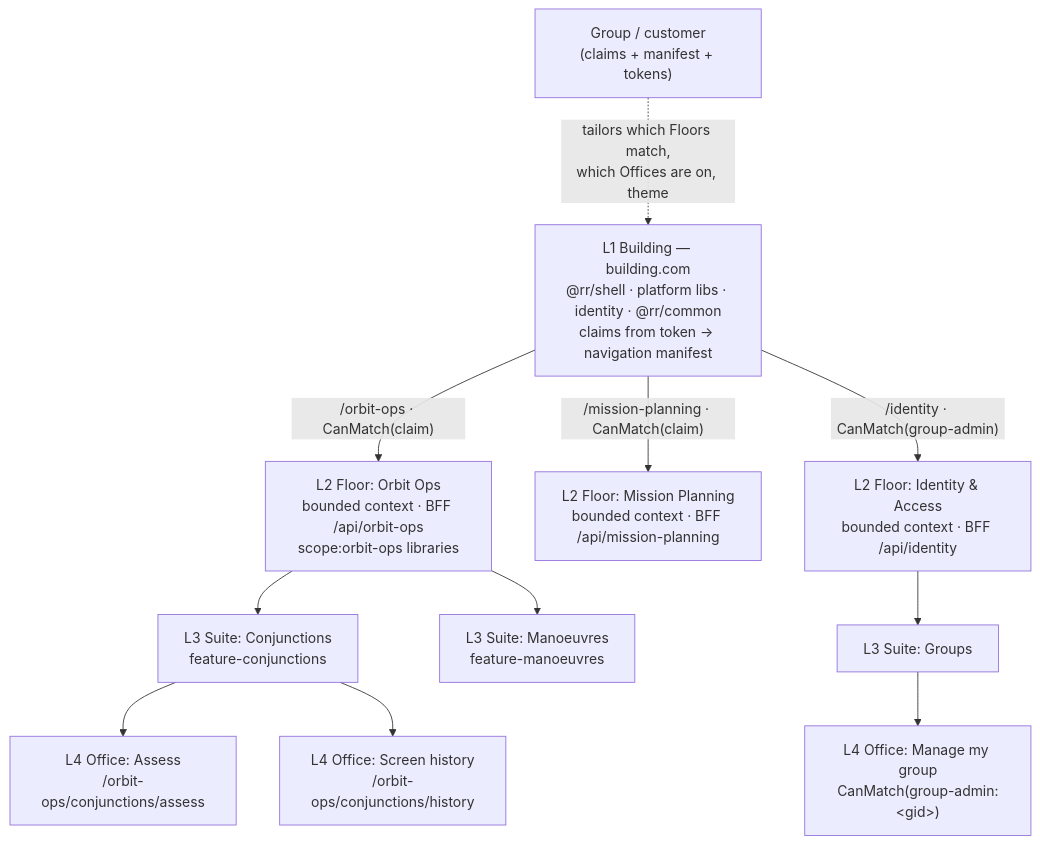
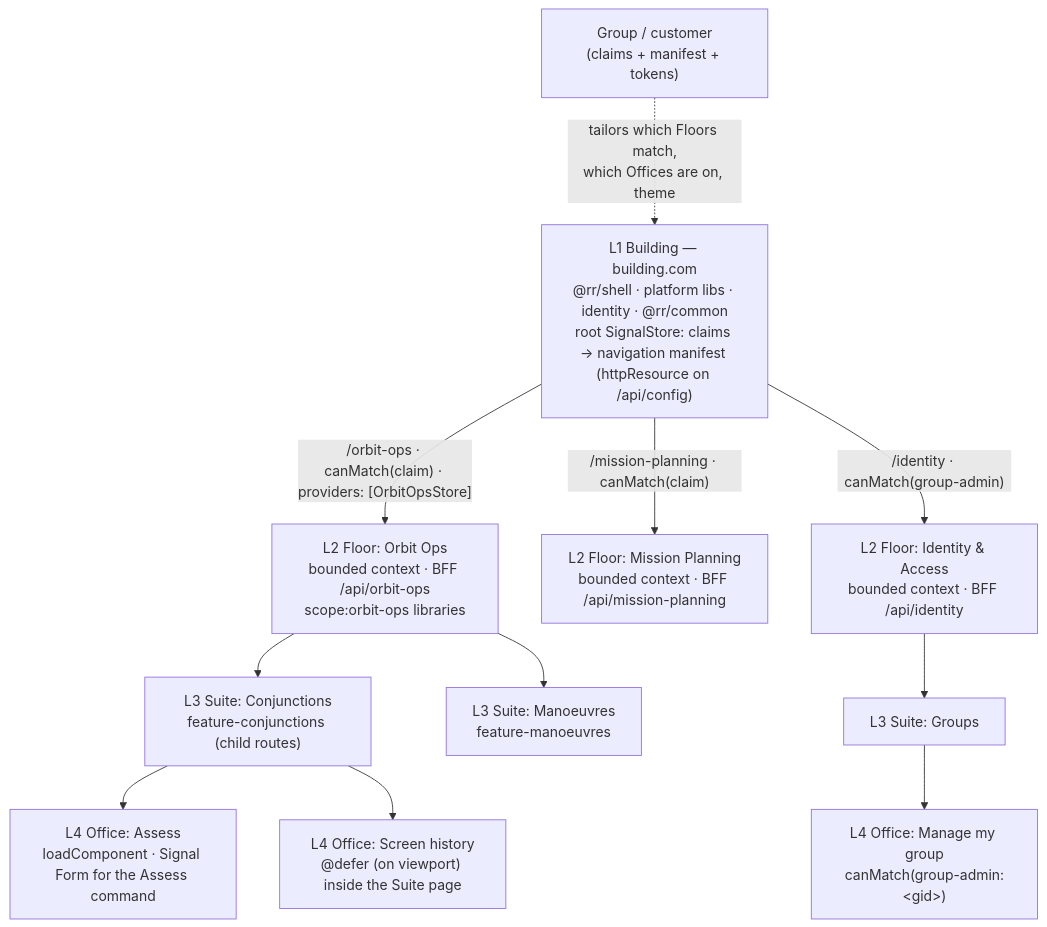
Before and after one commit to gstookey/rr: the second of 2 diagrams in docs/context/platform/research/ddd_ui_ux_brief_v0.md, drawn with Mermaid. The commit also changed other lines of this file and 13 other files, not shown here.

````diff
--- a/docs/context/platform/research/ddd_ui_ux_brief_v0.md
+++ b/docs/context/platform/research/ddd_ui_ux_brief_v0.md
@@ -192,14 +264,14 @@
 ```mermaid
 graph TB
-  B["L1 Building — building.com<br/>@rr/shell · platform libs · identity · @rr/common<br/>claims from token → navigation manifest"]
-  B -->|"/orbit-ops · CanMatch(claim)"| F1["L2 Floor: Orbit Ops<br/>bounded context · BFF /api/orbit-ops<br/>scope:orbit-ops libraries"]
-  B -->|"/mission-planning · CanMatch(claim)"| F2["L2 Floor: Mission Planning<br/>bounded context · BFF /api/mission-planning"]
-  B -->|"/identity · CanMatch(group-admin)"| F3["L2 Floor: Identity & Access<br/>bounded context · BFF /api/identity"]
-  F1 --> S1["L3 Suite: Conjunctions<br/>feature-conjunctions"]
+  B["L1 Building — building.com<br/>@rr/shell · platform libs · identity · @rr/common<br/>root SignalStore: claims → navigation manifest (httpResource on /api/config)"]
+  B -->|"/orbit-ops · canMatch(claim) · providers: [OrbitOpsStore]"| F1["L2 Floor: Orbit Ops<br/>bounded context · BFF /api/orbit-ops<br/>scope:orbit-ops libraries"]
+  B -->|"/mission-planning · canMatch(claim)"| F2["L2 Floor: Mission Planning<br/>bounded context · BFF /api/mission-planning"]
+  B -->|"/identity · canMatch(group-admin)"| F3["L2 Floor: Identity & Access<br/>bounded context · BFF /api/identity"]
+  F1 --> S1["L3 Suite: Conjunctions<br/>feature-conjunctions (child routes)"]
   F1 --> S2["L3 Suite: Manoeuvres<br/>feature-manoeuvres"]
-  S1 --> O1["L4 Office: Assess<br/>/orbit-ops/conjunctions/assess"]
-  S1 --> O2["L4 Office: Screen history<br/>/orbit-ops/conjunctions/history"]
+  S1 --> O1["L4 Office: Assess<br/>loadComponent · Signal Form for the Assess command"]
+  S1 --> O2["L4 Office: Screen history<br/>@defer (on viewport) inside the Suite page"]
   F3 --> S3["L3 Suite: Groups"]
-  S3 --> O3["L4 Office: Manage my group<br/>CanMatch(group-admin:&lt;gid&gt;)"]
+  S3 --> O3["L4 Office: Manage my group<br/>canMatch(group-admin:&lt;gid&gt;)"]
   G["Group / customer<br/>(claims + manifest + tokens)"] -. "tailors which Floors match,<br/>which Offices are on, theme" .-> B
 ```
````
